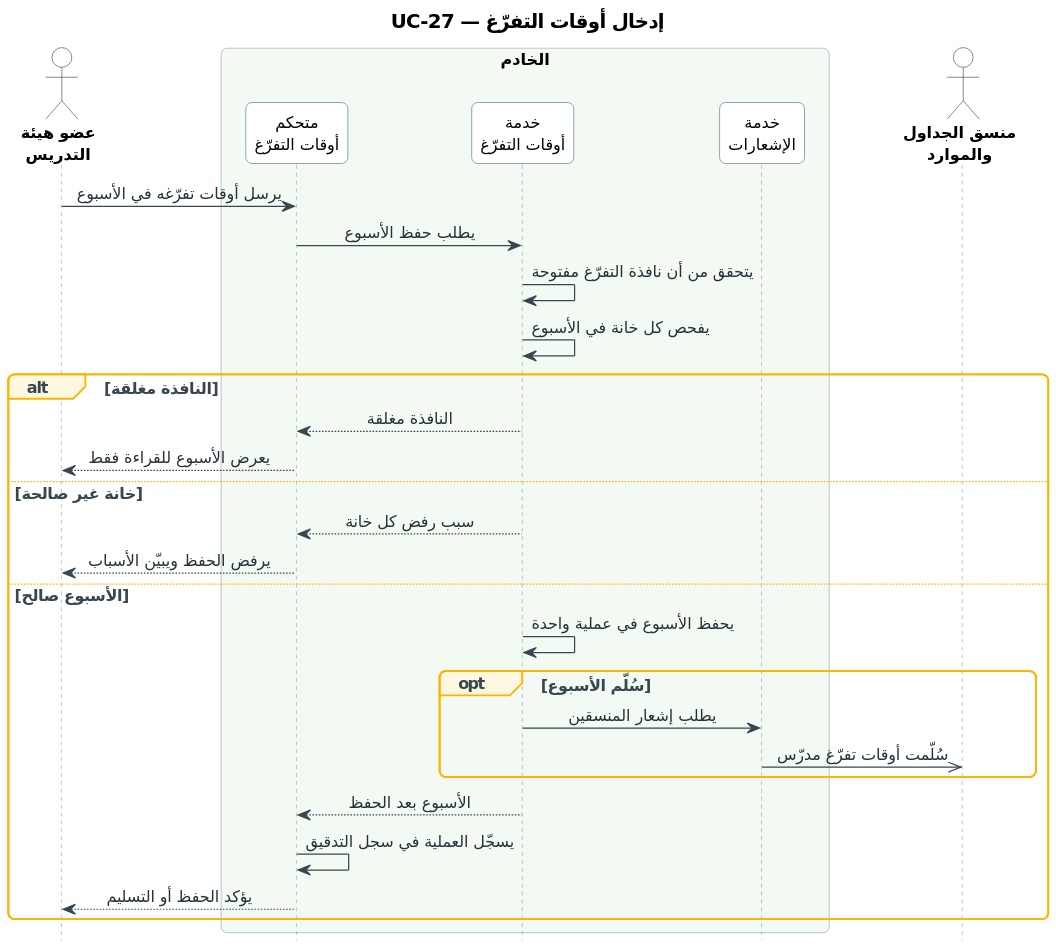
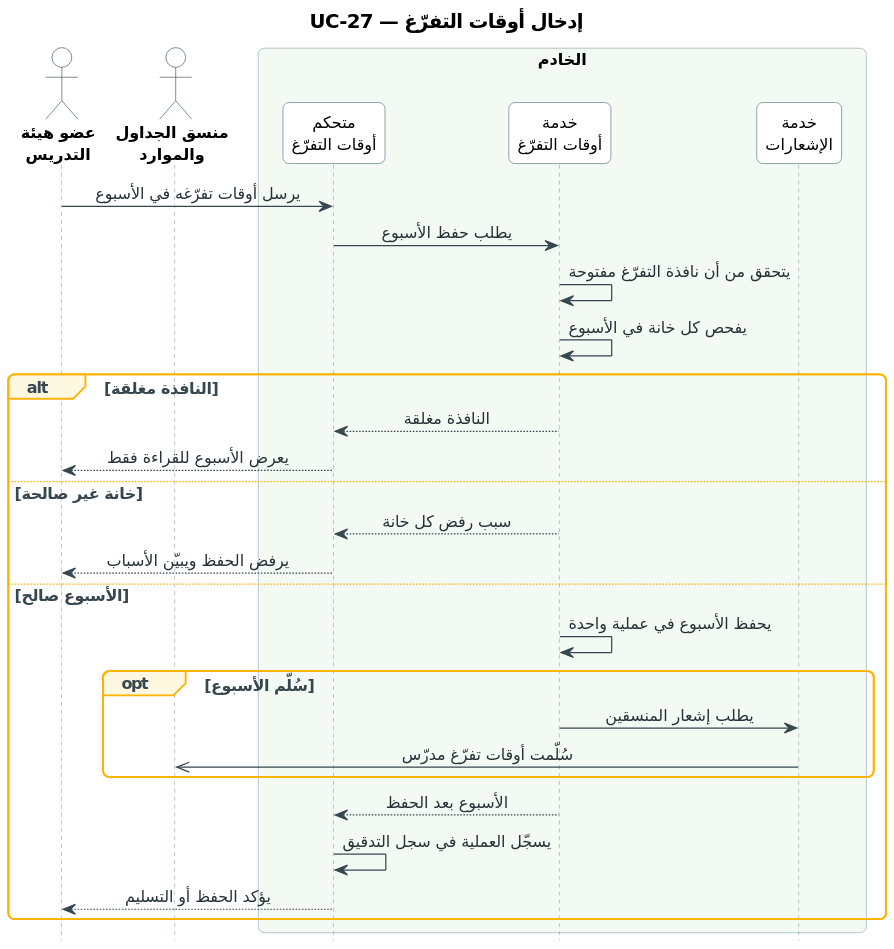
The diagram in Files/Assets/UseCases/Sequence Diagram/New/Arabic/Src/UC-27_enter_availability.puml (abdalkareemhegazy/OptiTime), drawn with PlantUML before and after one commit. The commit also changed other lines of this file and 24 other files, not shown here.

First line of the commit message:
OPT-11 Update main-case sequence diagrams

```diff
--- a/Files/Assets/UseCases/Sequence Diagram/New/Arabic/Src/UC-27_enter_availability.puml
+++ b/Files/Assets/UseCases/Sequence Diagram/New/Arabic/Src/UC-27_enter_availability.puml
@@ -1,62 +1,62 @@
 @startuml UC-27_enter_availability
 skinparam dpi 150
 ' ===== النمط الموحّد (مثل مخططات النشاط) =====
 skinparam defaultFontName Tahoma
 skinparam defaultFontSize 13
 skinparam shadowing false
 skinparam roundcorner 10
 skinparam ArrowColor #37474F
 skinparam ArrowFontColor #263238
 skinparam TitleFontSize 16
 skinparam TitleFontStyle bold
 skinparam ParticipantBackgroundColor #FFFFFF
 skinparam ParticipantBorderColor #546E7A
 skinparam ParticipantFontSize 13
 skinparam ActorBackgroundColor #FFFFFF
 skinparam ActorBorderColor #37474F
 skinparam ActorFontSize 13
 skinparam ActorFontStyle bold
 skinparam SequenceLifeLineBorderColor #90A4AE
 skinparam SequenceBoxBorderColor #90A4AE
 skinparam SequenceBoxFontSize 14
 skinparam SequenceBoxFontStyle bold
 skinparam SequenceGroupBorderColor #FFB300
 skinparam SequenceGroupBackgroundColor #FFF8E1
 skinparam SequenceGroupFontColor #37474F
 skinparam SequenceGroupHeaderFontColor #37474F
 skinparam sequenceMessageAlign center
 skinparam ParticipantPadding 16
 skinparam BoxPadding 12
 hide footbox
 ' ===== المخطط =====
 title UC-27 — إدخال أوقات التفرّغ
 
 actor "عضو هيئة\nالتدريس" as U
+actor "منسق الجداول\nوالموارد" as CRD
 box "الخادم" #F3FAF3
   participant "متحكم\nأوقات التفرّغ" as AC
   participant "خدمة\nأوقات التفرّغ" as AS
   participant "خدمة\nالإشعارات" as NS
 end box
-actor "منسق الجداول\nوالموارد" as CRD
 
 U -> AC : يرسل أوقات تفرّغه في الأسبوع
 AC -> AS : يطلب حفظ الأسبوع
 AS -> AS : يتحقق من أن نافذة التفرّغ مفتوحة
 AS -> AS : يفحص كل خانة في الأسبوع
 alt النافذة مغلقة
   AS --> AC : النافذة مغلقة
   AC --> U : يعرض الأسبوع للقراءة فقط
 else خانة غير صالحة
   AS --> AC : سبب رفض كل خانة
   AC --> U : يرفض الحفظ ويبيّن الأسباب
 else الأسبوع صالح
   AS -> AS : يحفظ الأسبوع في عملية واحدة
   opt سُلّم الأسبوع
     AS -> NS : يطلب إشعار المنسقين
     NS ->> CRD : سُلّمت أوقات تفرّغ مدرّس
   end
   AS --> AC : الأسبوع بعد الحفظ
   AC -> AC : يسجّل العملية في سجل التدقيق
   AC --> U : يؤكد الحفظ أو التسليم
 end
 @enduml
```
